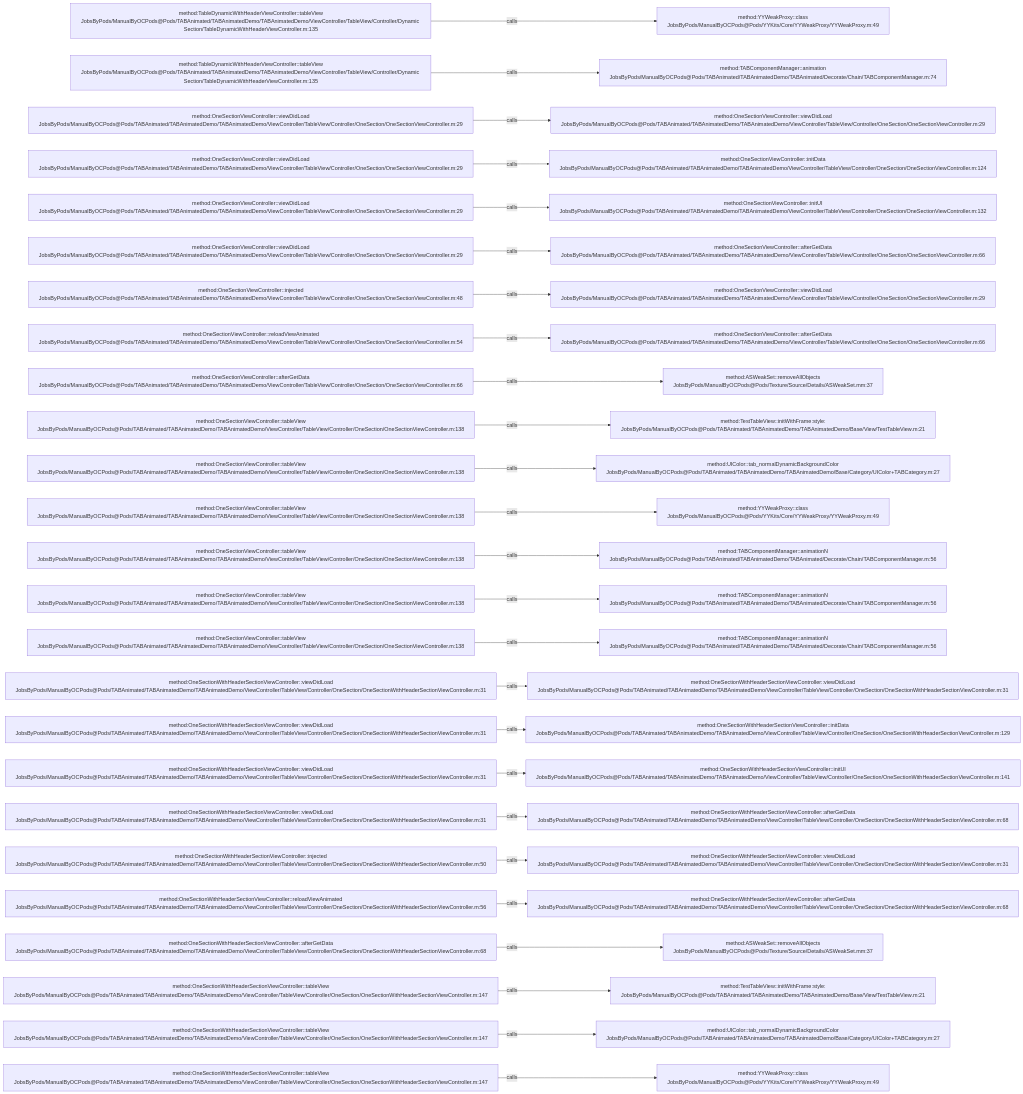
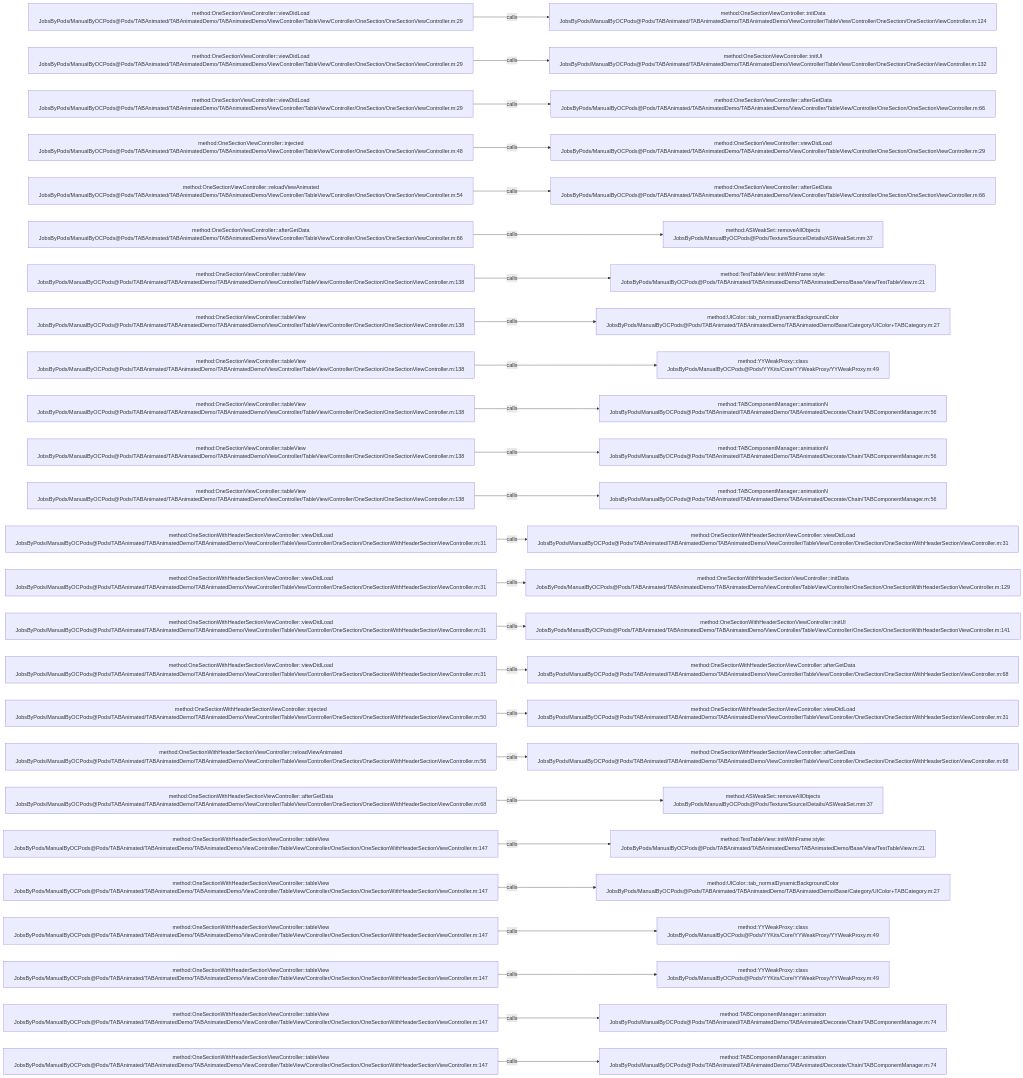
One commit to JobsKits/JobsOCBaseConfigDemo changed the diagram in .codegraph/codegraph.md/graphs/calls-058.md. Above: the diagram before and after it, drawn with Mermaid. The commit also changed 342 other files, not shown here.

````diff
--- a/.codegraph/codegraph.md/graphs/calls-058.md
+++ b/.codegraph/codegraph.md/graphs/calls-058.md
@@ -13,78 +13,78 @@
 ```mermaid
 flowchart LR
-  S1["method:TableDynamicWithHeaderViewController::tableView<br/>JobsByPods/ManualByOCPods@Pods/TABAnimated/TABAnimatedDemo/TABAnimatedDemo/ViewController/TableView/Controller/Dynamic Section/TableDynamicWithHeaderViewController.m:135"]
-  T1["method:YYWeakProxy::class<br/>JobsByPods/ManualByOCPods@Pods/YYKits/Core/YYWeakProxy/YYWeakProxy.m:49"]
+  S1["method:OneSectionViewController::viewDidLoad<br/>JobsByPods/ManualByOCPods@Pods/TABAnimated/TABAnimatedDemo/TABAnimatedDemo/ViewController/TableView/Controller/OneSection/OneSectionViewController.m:29"]
+  T1["method:OneSectionViewController::initData<br/>JobsByPods/ManualByOCPods@Pods/TABAnimated/TABAnimatedDemo/TABAnimatedDemo/ViewController/TableView/Controller/OneSection/OneSectionViewController.m:124"]
   S1 -->|calls| T1
-  S2["method:TableDynamicWithHeaderViewController::tableView<br/>JobsByPods/ManualByOCPods@Pods/TABAnimated/TABAnimatedDemo/TABAnimatedDemo/ViewController/TableView/Controller/Dynamic Section/TableDynamicWithHeaderViewController.m:135"]
-  T2["method:TABComponentManager::animation<br/>JobsByPods/ManualByOCPods@Pods/TABAnimated/TABAnimatedDemo/TABAnimated/Decorate/Chain/TABComponentManager.m:74"]
+  S2["method:OneSectionViewController::viewDidLoad<br/>JobsByPods/ManualByOCPods@Pods/TABAnimated/TABAnimatedDemo/TABAnimatedDemo/ViewController/TableView/Controller/OneSection/OneSectionViewController.m:29"]
+  T2["method:OneSectionViewController::initUI<br/>JobsByPods/ManualByOCPods@Pods/TABAnimated/TABAnimatedDemo/TABAnimatedDemo/ViewController/TableView/Controller/OneSection/OneSectionViewController.m:132"]
   S2 -->|calls| T2
   S3["method:OneSectionViewController::viewDidLoad<br/>JobsByPods/ManualByOCPods@Pods/TABAnimated/TABAnimatedDemo/TABAnimatedDemo/ViewController/TableView/Controller/OneSection/OneSectionViewController.m:29"]
-  T3["method:OneSectionViewController::viewDidLoad<br/>JobsByPods/ManualByOCPods@Pods/TABAnimated/TABAnimatedDemo/TABAnimatedDemo/ViewController/TableView/Controller/OneSection/OneSectionViewController.m:29"]
+  T3["method:OneSectionViewController::afterGetData<br/>JobsByPods/ManualByOCPods@Pods/TABAnimated/TABAnimatedDemo/TABAnimatedDemo/ViewController/TableView/Controller/OneSection/OneSectionViewController.m:66"]
   S3 -->|calls| T3
-  S4["method:OneSectionViewController::viewDidLoad<br/>JobsByPods/ManualByOCPods@Pods/TABAnimated/TABAnimatedDemo/TABAnimatedDemo/ViewController/TableView/Controller/OneSection/OneSectionViewController.m:29"]
-  T4["method:OneSectionViewController::initData<br/>JobsByPods/ManualByOCPods@Pods/TABAnimated/TABAnimatedDemo/TABAnimatedDemo/ViewController/TableView/Controller/OneSection/OneSectionViewController.m:124"]
+  S4["method:OneSectionViewController::injected<br/>JobsByPods/ManualByOCPods@Pods/TABAnimated/TABAnimatedDemo/TABAnimatedDemo/ViewController/TableView/Controller/OneSection/OneSectionViewController.m:48"]
+  T4["method:OneSectionViewController::viewDidLoad<br/>JobsByPods/ManualByOCPods@Pods/TABAnimated/TABAnimatedDemo/TABAnimatedDemo/ViewController/TableView/Controller/OneSection/OneSectionViewController.m:29"]
   S4 -->|calls| T4
-  S5["method:OneSectionViewController::viewDidLoad<br/>JobsByPods/ManualByOCPods@Pods/TABAnimated/TABAnimatedDemo/TABAnimatedDemo/ViewController/TableView/Controller/OneSection/OneSectionViewController.m:29"]
-  T5["method:OneSectionViewController::initUI<br/>JobsByPods/ManualByOCPods@Pods/TABAnimated/TABAnimatedDemo/TABAnimatedDemo/ViewController/TableView/Controller/OneSection/OneSectionViewController.m:132"]
+  S5["method:OneSectionViewController::reloadViewAnimated<br/>JobsByPods/ManualByOCPods@Pods/TABAnimated/TABAnimatedDemo/TABAnimatedDemo/ViewController/TableView/Controller/OneSection/OneSectionViewController.m:54"]
+  T5["method:OneSectionViewController::afterGetData<br/>JobsByPods/ManualByOCPods@Pods/TABAnimated/TABAnimatedDemo/TABAnimatedDemo/ViewController/TableView/Controller/OneSection/OneSectionViewController.m:66"]
   S5 -->|calls| T5
-  S6["method:OneSectionViewController::viewDidLoad<br/>JobsByPods/ManualByOCPods@Pods/TABAnimated/TABAnimatedDemo/TABAnimatedDemo/ViewController/TableView/Controller/OneSection/OneSectionViewController.m:29"]
-  T6["method:OneSectionViewController::afterGetData<br/>JobsByPods/ManualByOCPods@Pods/TABAnimated/TABAnimatedDemo/TABAnimatedDemo/ViewController/TableView/Controller/OneSection/OneSectionViewController.m:66"]
+  S6["method:OneSectionViewController::afterGetData<br/>JobsByPods/ManualByOCPods@Pods/TABAnimated/TABAnimatedDemo/TABAnimatedDemo/ViewController/TableView/Controller/OneSection/OneSectionViewController.m:66"]
+  T6["method:ASWeakSet::removeAllObjects<br/>JobsByPods/ManualByOCPods@Pods/Texture/Source/Details/ASWeakSet.mm:37"]
   S6 -->|calls| T6
-  S7["method:OneSectionViewController::injected<br/>JobsByPods/ManualByOCPods@Pods/TABAnimated/TABAnimatedDemo/TABAnimatedDemo/ViewController/TableView/Controller/OneSection/OneSectionViewController.m:48"]
-  T7["method:OneSectionViewController::viewDidLoad<br/>JobsByPods/ManualByOCPods@Pods/TABAnimated/TABAnimatedDemo/TABAnimatedDemo/ViewController/TableView/Controller/OneSection/OneSectionViewController.m:29"]
+  S7["method:OneSectionViewController::tableView<br/>JobsByPods/ManualByOCPods@Pods/TABAnimated/TABAnimatedDemo/TABAnimatedDemo/ViewController/TableView/Controller/OneSection/OneSectionViewController.m:138"]
+  T7["method:TestTableView::initWithFrame:style:<br/>JobsByPods/ManualByOCPods@Pods/TABAnimated/TABAnimatedDemo/TABAnimatedDemo/Base/View/TestTableView.m:21"]
   S7 -->|calls| T7
-  S8["method:OneSectionViewController::reloadViewAnimated<br/>JobsByPods/ManualByOCPods@Pods/TABAnimated/TABAnimatedDemo/TABAnimatedDemo/ViewController/TableView/Controller/OneSection/OneSectionViewController.m:54"]
-  T8["method:OneSectionViewController::afterGetData<br/>JobsByPods/ManualByOCPods@Pods/TABAnimated/TABAnimatedDemo/TABAnimatedDemo/ViewController/TableView/Controller/OneSection/OneSectionViewController.m:66"]
+  S8["method:OneSectionViewController::tableView<br/>JobsByPods/ManualByOCPods@Pods/TABAnimated/TABAnimatedDemo/TABAnimatedDemo/ViewController/TableView/Controller/OneSection/OneSectionViewController.m:138"]
+  T8["method:UIColor::tab_normalDynamicBackgroundColor<br/>JobsByPods/ManualByOCPods@Pods/TABAnimated/TABAnimatedDemo/TABAnimatedDemo/Base/Category/UIColor+TABCategory.m:27"]
   S8 -->|calls| T8
-  S9["method:OneSectionViewController::afterGetData<br/>JobsByPods/ManualByOCPods@Pods/TABAnimated/TABAnimatedDemo/TABAnimatedDemo/ViewController/TableView/Controller/OneSection/OneSectionViewController.m:66"]
-  T9["method:ASWeakSet::removeAllObjects<br/>JobsByPods/ManualByOCPods@Pods/Texture/Source/Details/ASWeakSet.mm:37"]
+  S9["method:OneSectionViewController::tableView<br/>JobsByPods/ManualByOCPods@Pods/TABAnimated/TABAnimatedDemo/TABAnimatedDemo/ViewController/TableView/Controller/OneSection/OneSectionViewController.m:138"]
+  T9["method:YYWeakProxy::class<br/>JobsByPods/ManualByOCPods@Pods/YYKits/Core/YYWeakProxy/YYWeakProxy.m:49"]
   S9 -->|calls| T9
   S10["method:OneSectionViewController::tableView<br/>JobsByPods/ManualByOCPods@Pods/TABAnimated/TABAnimatedDemo/TABAnimatedDemo/ViewController/TableView/Controller/OneSection/OneSectionViewController.m:138"]
-  T10["method:TestTableView::initWithFrame:style:<br/>JobsByPods/ManualByOCPods@Pods/TABAnimated/TABAnimatedDemo/TABAnimatedDemo/Base/View/TestTableView.m:21"]
+  T10["method:TABComponentManager::animationN<br/>JobsByPods/ManualByOCPods@Pods/TABAnimated/TABAnimatedDemo/TABAnimated/Decorate/Chain/TABComponentManager.m:56"]
   S10 -->|calls| T10
   S11["method:OneSectionViewController::tableView<br/>JobsByPods/ManualByOCPods@Pods/TABAnimated/TABAnimatedDemo/TABAnimatedDemo/ViewController/TableView/Controller/OneSection/OneSectionViewController.m:138"]
-  T11["method:UIColor::tab_normalDynamicBackgroundColor<br/>JobsByPods/ManualByOCPods@Pods/TABAnimated/TABAnimatedDemo/TABAnimatedDemo/Base/Category/UIColor+TABCategory.m:27"]
+  T11["method:TABComponentManager::animationN<br/>JobsByPods/ManualByOCPods@Pods/TABAnimated/TABAnimatedDemo/TABAnimated/Decorate/Chain/TABComponentManager.m:56"]
   S11 -->|calls| T11
   S12["method:OneSectionViewController::tableView<br/>JobsByPods/ManualByOCPods@Pods/TABAnimated/TABAnimatedDemo/TABAnimatedDemo/ViewController/TableView/Controller/OneSection/OneSectionViewController.m:138"]
-  T12["method:YYWeakProxy::class<br/>JobsByPods/ManualByOCPods@Pods/YYKits/Core/YYWeakProxy/YYWeakProxy.m:49"]
+  T12["method:TABComponentManager::animationN<br/>JobsByPods/ManualByOCPods@Pods/TABAnimated/TABAnimatedDemo/TABAnimated/Decorate/Chain/TABComponentManager.m:56"]
   S12 -->|calls| T12
-  S13["method:OneSectionViewController::tableView<br/>JobsByPods/ManualByOCPods@Pods/TABAnimated/TABAnimatedDemo/TABAnimatedDemo/ViewController/TableView/Controller/OneSection/OneSectionViewController.m:138"]
-  T13["method:TABComponentManager::animationN<br/>JobsByPods/ManualByOCPods@Pods/TABAnimated/TABAnimatedDemo/TABAnimated/Decorate/Chain/TABComponentManager.m:56"]
+  S13["method:OneSectionWithHeaderSectionViewController::viewDidLoad<br/>JobsByPods/ManualByOCPods@Pods/TABAnimated/TABAnimatedDemo/TABAnimatedDemo/ViewController/TableView/Controller/OneSection/OneSectionWithHeaderSectionViewController.m:31"]
+  T13["method:OneSectionWithHeaderSectionViewController::viewDidLoad<br/>JobsByPods/ManualByOCPods@Pods/TABAnimated/TABAnimatedDemo/TABAnimatedDemo/ViewController/TableView/Controller/OneSection/OneSectionWithHeaderSectionViewController.m:31"]
   S13 -->|calls| T13
-  S14["method:OneSectionViewController::tableView<br/>JobsByPods/ManualByOCPods@Pods/TABAnimated/TABAnimatedDemo/TABAnimatedDemo/ViewController/TableView/Controller/OneSection/OneSectionViewController.m:138"]
-  T14["method:TABComponentManager::animationN<br/>JobsByPods/ManualByOCPods@Pods/TABAnimated/TABAnimatedDemo/TABAnimated/Decorate/Chain/TABComponentManager.m:56"]
+  S14["method:OneSectionWithHeaderSectionViewController::viewDidLoad<br/>JobsByPods/ManualByOCPods@Pods/TABAnimated/TABAnimatedDemo/TABAnimatedDemo/ViewController/TableView/Controller/OneSection/OneSectionWithHeaderSectionViewController.m:31"]
+  T14["method:OneSectionWithHeaderSectionViewController::initData<br/>JobsByPods/ManualByOCPods@Pods/TABAnimated/TABAnimatedDemo/TABAnimatedDemo/ViewController/TableView/Controller/OneSection/OneSectionWithHeaderSectionViewController.m:129"]
   S14 -->|calls| T14
-  S15["method:OneSectionViewController::tableView<br/>JobsByPods/ManualByOCPods@Pods/TABAnimated/TABAnimatedDemo/TABAnimatedDemo/ViewController/TableView/Controller/OneSection/OneSectionViewController.m:138"]
-  T15["method:TABComponentManager::animationN<br/>JobsByPods/ManualByOCPods@Pods/TABAnimated/TABAnimatedDemo/TABAnimated/Decorate/Chain/TABComponentManager.m:56"]
+  S15["method:OneSectionWithHeaderSectionViewController::viewDidLoad<br/>JobsByPods/ManualByOCPods@Pods/TABAnimated/TABAnimatedDemo/TABAnimatedDemo/ViewController/TableView/Controller/OneSection/OneSectionWithHeaderSectionViewController.m:31"]
+  T15["method:OneSectionWithHeaderSectionViewController::initUI<br/>JobsByPods/ManualByOCPods@Pods/TABAnimated/TABAnimatedDemo/TABAnimatedDemo/ViewController/TableView/Controller/OneSection/OneSectionWithHeaderSectionViewController.m:141"]
   S15 -->|calls| T15
   S16["method:OneSectionWithHeaderSectionViewController::viewDidLoad<br/>JobsByPods/ManualByOCPods@Pods/TABAnimated/TABAnimatedDemo/TABAnimatedDemo/ViewController/TableView/Controller/OneSection/OneSectionWithHeaderSectionViewController.m:31"]
-  T16["method:OneSectionWithHeaderSectionViewController::viewDidLoad<br/>JobsByPods/ManualByOCPods@Pods/TABAnimated/TABAnimatedDemo/TABAnimatedDemo/ViewController/TableView/Controller/OneSection/OneSectionWithHeaderSectionViewController.m:31"]
+  T16["method:OneSectionWithHeaderSectionViewController::afterGetData<br/>JobsByPods/ManualByOCPods@Pods/TABAnimated/TABAnimatedDemo/TABAnimatedDemo/ViewController/TableView/Controller/OneSection/OneSectionWithHeaderSectionViewController.m:68"]
   S16 -->|calls| T16
-  S17["method:OneSectionWithHeaderSectionViewController::viewDidLoad<br/>JobsByPods/ManualByOCPods@Pods/TABAnimated/TABAnimatedDemo/TABAnimatedDemo/ViewController/TableView/Controller/OneSection/OneSectionWithHeaderSectionViewController.m:31"]
-  T17["method:OneSectionWithHeaderSectionViewController::initData<br/>JobsByPods/ManualByOCPods@Pods/TABAnimated/TABAnimatedDemo/TABAnimatedDemo/ViewController/TableView/Controller/OneSection/OneSectionWithHeaderSectionViewController.m:129"]
+  S17["method:OneSectionWithHeaderSectionViewController::injected<br/>JobsByPods/ManualByOCPods@Pods/TABAnimated/TABAnimatedDemo/TABAnimatedDemo/ViewController/TableView/Controller/OneSection/OneSectionWithHeaderSectionViewController.m:50"]
+  T17["method:OneSectionWithHeaderSectionViewController::viewDidLoad<br/>JobsByPods/ManualByOCPods@Pods/TABAnimated/TABAnimatedDemo/TABAnimatedDemo/ViewController/TableView/Controller/OneSection/OneSectionWithHeaderSectionViewController.m:31"]
   S17 -->|calls| T17
-  S18["method:OneSectionWithHeaderSectionViewController::viewDidLoad<br/>JobsByPods/ManualByOCPods@Pods/TABAnimated/TABAnimatedDemo/TABAnimatedDemo/ViewController/TableView/Controller/OneSection/OneSectionWithHeaderSectionViewController.m:31"]
-  T18["method:OneSectionWithHeaderSectionViewController::initUI<br/>JobsByPods/ManualByOCPods@Pods/TABAnimated/TABAnimatedDemo/TABAnimatedDemo/ViewController/TableView/Controller/OneSection/OneSectionWithHeaderSectionViewController.m:141"]
+  S18["method:OneSectionWithHeaderSectionViewController::reloadViewAnimated<br/>JobsByPods/ManualByOCPods@Pods/TABAnimated/TABAnimatedDemo/TABAnimatedDemo/ViewController/TableView/Controller/OneSection/OneSectionWithHeaderSectionViewController.m:56"]
+  T18["method:OneSectionWithHeaderSectionViewController::afterGetData<br/>JobsByPods/ManualByOCPods@Pods/TABAnimated/TABAnimatedDemo/TABAnimatedDemo/ViewController/TableView/Controller/OneSection/OneSectionWithHeaderSectionViewController.m:68"]
   S18 -->|calls| T18
-  S19["method:OneSectionWithHeaderSectionViewController::viewDidLoad<br/>JobsByPods/ManualByOCPods@Pods/TABAnimated/TABAnimatedDemo/TABAnimatedDemo/ViewController/TableView/Controller/OneSection/OneSectionWithHeaderSectionViewController.m:31"]
-  T19["method:OneSectionWithHeaderSectionViewController::afterGetData<br/>JobsByPods/ManualByOCPods@Pods/TABAnimated/TABAnimatedDemo/TABAnimatedDemo/ViewController/TableView/Controller/OneSection/OneSectionWithHeaderSectionViewController.m:68"]
+  S19["method:OneSectionWithHeaderSectionViewController::afterGetData<br/>JobsByPods/ManualByOCPods@Pods/TABAnimated/TABAnimatedDemo/TABAnimatedDemo/ViewController/TableView/Controller/OneSection/OneSectionWithHeaderSectionViewController.m:68"]
+  T19["method:ASWeakSet::removeAllObjects<br/>JobsByPods/ManualByOCPods@Pods/Texture/Source/Details/ASWeakSet.mm:37"]
   S19 -->|calls| T19
-  S20["method:OneSectionWithHeaderSectionViewController::injected<br/>JobsByPods/ManualByOCPods@Pods/TABAnimated/TABAnimatedDemo/TABAnimatedDemo/ViewController/TableView/Controller/OneSection/OneSectionWithHeaderSectionViewController.m:50"]
-  T20["method:OneSectionWithHeaderSectionViewController::viewDidLoad<br/>JobsByPods/ManualByOCPods@Pods/TABAnimated/TABAnimatedDemo/TABAnimatedDemo/ViewController/TableView/Controller/OneSection/OneSectionWithHeaderSectionViewController.m:31"]
+  S20["method:OneSectionWithHeaderSectionViewController::tableView<br/>JobsByPods/ManualByOCPods@Pods/TABAnimated/TABAnimatedDemo/TABAnimatedDemo/ViewController/TableView/Controller/OneSection/OneSectionWithHeaderSectionViewController.m:147"]
+  T20["method:TestTableView::initWithFrame:style:<br/>JobsByPods/ManualByOCPods@Pods/TABAnimated/TABAnimatedDemo/TABAnimatedDemo/Base/View/TestTableView.m:21"]
   S20 -->|calls| T20
-  S21["method:OneSectionWithHeaderSectionViewController::reloadViewAnimated<br/>JobsByPods/ManualByOCPods@Pods/TABAnimated/TABAnimatedDemo/TABAnimatedDemo/ViewController/TableView/Controller/OneSection/OneSectionWithHeaderSectionViewController.m:56"]
-  T21["method:OneSectionWithHeaderSectionViewController::afterGetData<br/>JobsByPods/ManualByOCPods@Pods/TABAnimated/TABAnimatedDemo/TABAnimatedDemo/ViewController/TableView/Controller/OneSection/OneSectionWithHeaderSectionViewController.m:68"]
+  S21["method:OneSectionWithHeaderSectionViewController::tableView<br/>JobsByPods/ManualByOCPods@Pods/TABAnimated/TABAnimatedDemo/TABAnimatedDemo/ViewController/TableView/Controller/OneSection/OneSectionWithHeaderSectionViewController.m:147"]
+  T21["method:UIColor::tab_normalDynamicBackgroundColor<br/>JobsByPods/ManualByOCPods@Pods/TABAnimated/TABAnimatedDemo/TABAnimatedDemo/Base/Category/UIColor+TABCategory.m:27"]
   S21 -->|calls| T21
-  S22["method:OneSectionWithHeaderSectionViewController::afterGetData<br/>JobsByPods/ManualByOCPods@Pods/TABAnimated/TABAnimatedDemo/TABAnimatedDemo/ViewController/TableView/Controller/OneSection/OneSectionWithHeaderSectionViewController.m:68"]
-  T22["method:ASWeakSet::removeAllObjects<br/>JobsByPods/ManualByOCPods@Pods/Texture/Source/Details/ASWeakSet.mm:37"]
+  S22["method:OneSectionWithHeaderSectionViewController::tableView<br/>JobsByPods/ManualByOCPods@Pods/TABAnimated/TABAnimatedDemo/TABAnimatedDemo/ViewController/TableView/Controller/OneSection/OneSectionWithHeaderSectionViewController.m:147"]
+  T22["method:YYWeakProxy::class<br/>JobsByPods/ManualByOCPods@Pods/YYKits/Core/YYWeakProxy/YYWeakProxy.m:49"]
   S22 -->|calls| T22
   S23["method:OneSectionWithHeaderSectionViewController::tableView<br/>JobsByPods/ManualByOCPods@Pods/TABAnimated/TABAnimatedDemo/TABAnimatedDemo/ViewController/TableView/Controller/OneSection/OneSectionWithHeaderSectionViewController.m:147"]
-  T23["method:TestTableView::initWithFrame:style:<br/>JobsByPods/ManualByOCPods@Pods/TABAnimated/TABAnimatedDemo/TABAnimatedDemo/Base/View/TestTableView.m:21"]
+  T23["method:YYWeakProxy::class<br/>JobsByPods/ManualByOCPods@Pods/YYKits/Core/YYWeakProxy/YYWeakProxy.m:49"]
   S23 -->|calls| T23
   S24["method:OneSectionWithHeaderSectionViewController::tableView<br/>JobsByPods/ManualByOCPods@Pods/TABAnimated/TABAnimatedDemo/TABAnimatedDemo/ViewController/TableView/Controller/OneSection/OneSectionWithHeaderSectionViewController.m:147"]
-  T24["method:UIColor::tab_normalDynamicBackgroundColor<br/>JobsByPods/ManualByOCPods@Pods/TABAnimated/TABAnimatedDemo/TABAnimatedDemo/Base/Category/UIColor+TABCategory.m:27"]
+  T24["method:TABComponentManager::animation<br/>JobsByPods/ManualByOCPods@Pods/TABAnimated/TABAnimatedDemo/TABAnimated/Decorate/Chain/TABComponentManager.m:74"]
   S24 -->|calls| T24
   S25["method:OneSectionWithHeaderSectionViewController::tableView<br/>JobsByPods/ManualByOCPods@Pods/TABAnimated/TABAnimatedDemo/TABAnimatedDemo/ViewController/TableView/Controller/OneSection/OneSectionWithHeaderSectionViewController.m:147"]
-  T25["method:YYWeakProxy::class<br/>JobsByPods/ManualByOCPods@Pods/YYKits/Core/YYWeakProxy/YYWeakProxy.m:49"]
+  T25["method:TABComponentManager::animation<br/>JobsByPods/ManualByOCPods@Pods/TABAnimated/TABAnimatedDemo/TABAnimated/Decorate/Chain/TABComponentManager.m:74"]
   S25 -->|calls| T25
 ```
````
